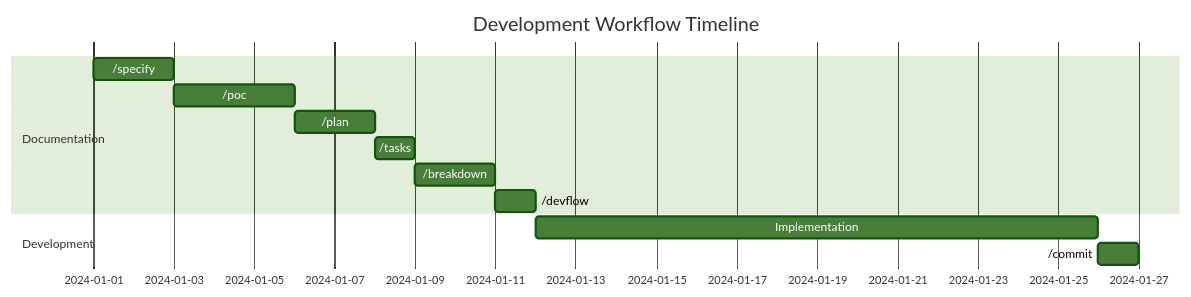
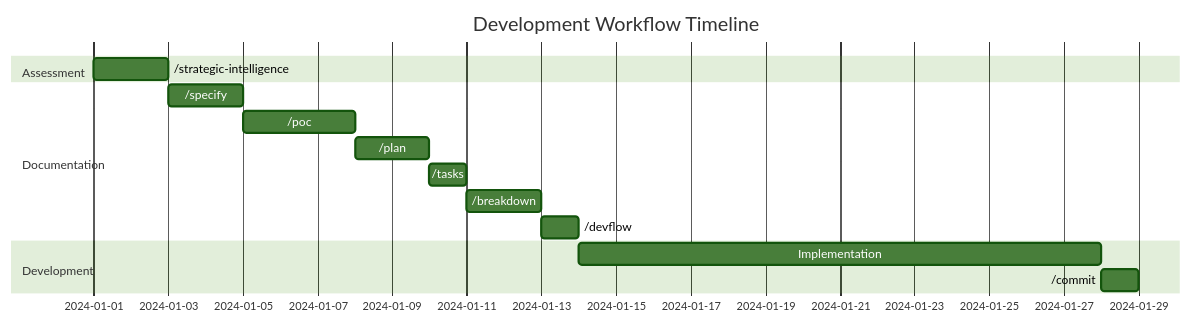
The seventh of 22 diagrams in commands/WORKFLOW.md (Mathews-Tom/sage-dev), drawn with Mermaid (forest theme) before and after one commit. The commit also changed other lines of this file and 3 other files, not shown here.

First line of the commit message:
Add /strategic-intelligence command and integrate across docs; remove legacy gap analysis

````diff
--- a/commands/WORKFLOW.md
+++ b/commands/WORKFLOW.md
@@ -146,15 +159,17 @@
 ```mermaid
 gantt
     title Development Workflow Timeline
     dateFormat YYYY-MM-DD
+    section Assessment
+    /strategic-intelligence :2024-01-01, 2d
     section Documentation
-    /specify           :2024-01-01, 2d
-    /poc              :2024-01-03, 3d
-    /plan             :2024-01-06, 2d
-    /tasks            :2024-01-08, 1d
-    /breakdown        :2024-01-09, 2d
-    /devflow          :2024-01-11, 1d
+    /specify          :2024-01-03, 2d
+    /poc              :2024-01-05, 3d
+    /plan             :2024-01-08, 2d
+    /tasks            :2024-01-10, 1d
+    /breakdown        :2024-01-11, 2d
+    /devflow          :2024-01-13, 1d
     section Development
-    Implementation    :2024-01-12, 14d
-    /commit           :2024-01-26, 1d
+    Implementation    :2024-01-14, 14d
+    /commit           :2024-01-28, 1d
 ```
````
